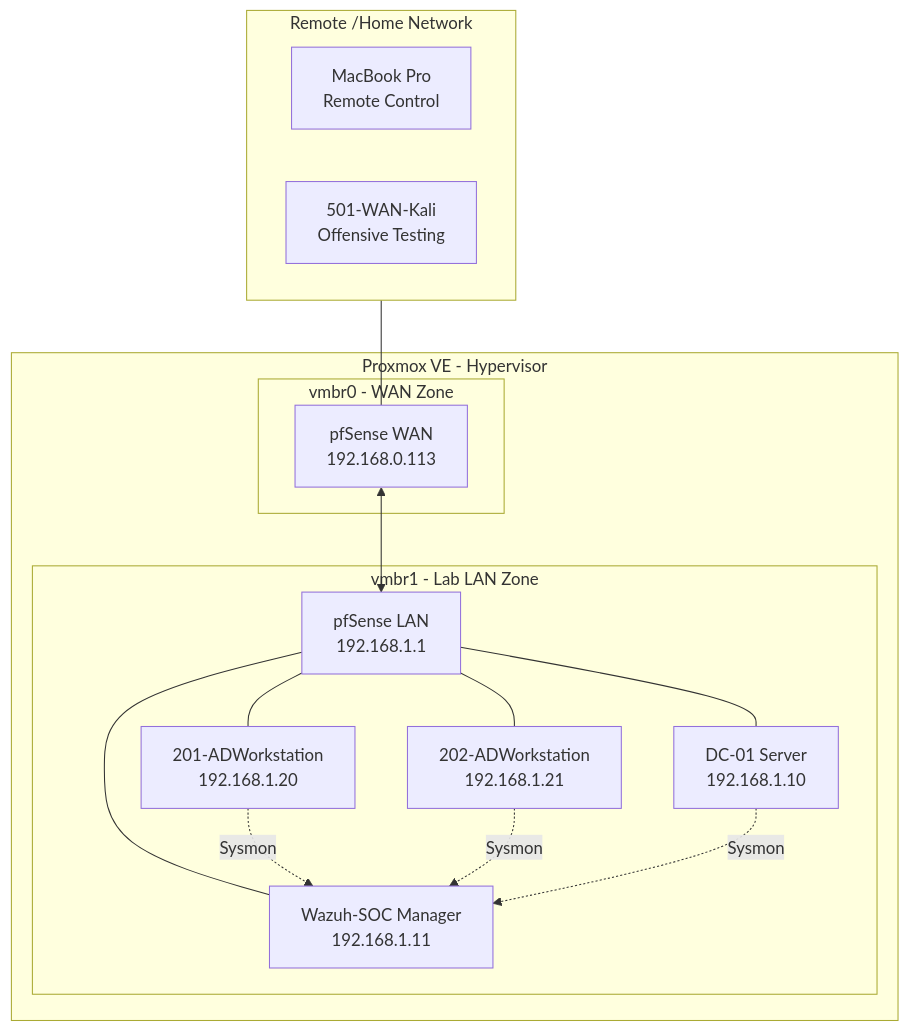
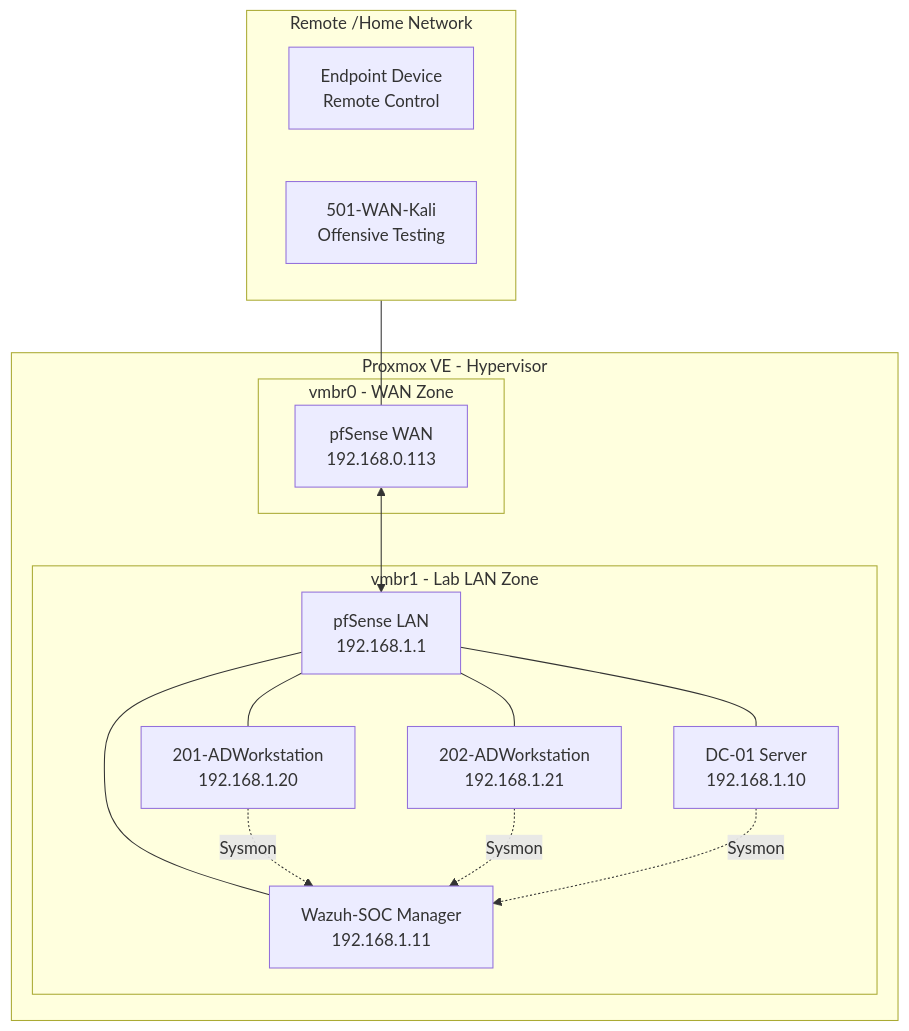
One commit to mdud7/Server-Infrastructure-Doc changed the diagram in 00_Architecture/Network_Topology.md. Above: the diagram before and after it, drawn with Mermaid.

Commit message:
Update styling for better readability

````diff
--- a/00_Architecture/Network_Topology.md
+++ b/00_Architecture/Network_Topology.md
@@ -31,42 +31,42 @@
 ```mermaid
 graph TD
     %% Outside section - Remote Access and Testing
     subgraph Outside_World [Remote /Home Network]
         direction LR
-        Mac[MacBook Pro<br/>Remote Control]
+        Mac[Endpoint Device<br/>Remote Control]
         Kali[501-WAN-Kali<br/>Offensive Testing]
     end
 
     Outside_World --- pfWAN
 
     subgraph Proxmox [Proxmox VE - Hypervisor]
         
         subgraph outside_network [vmbr0 - WAN Zone]
             pfWAN[pfSense WAN<br/>192.168.0.113]
         end
 
         subgraph Lab_isolated [vmbr1 - Lab LAN Zone]
             pfLAN[pfSense LAN<br/>192.168.1.1]
             
             DC[DC-01 Server<br/>192.168.1.10]
             Wazuh[Wazuh-SOC Manager<br/>192.168.1.11]
             WK1[201-ADWorkstation<br/>192.168.1.20]
             WK2[202-ADWorkstation<br/>192.168.1.21]
         end
     end
 
     %% Connection between firewall interfaces
     pfWAN <--> pfLAN
 
     %% Inside-lab connections
     pfLAN --- DC
     pfLAN --- Wazuh
     pfLAN --- WK1
     pfLAN --- WK2
 
     %% Logs centralization flow
     WK1 -.->|Sysmon| Wazuh
     WK2 -.->|Sysmon| Wazuh
     DC -.->|Sysmon| Wazuh
 
 ```
````
